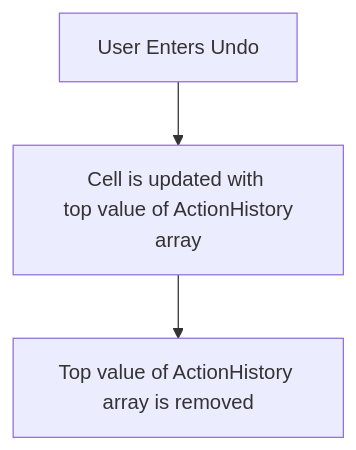
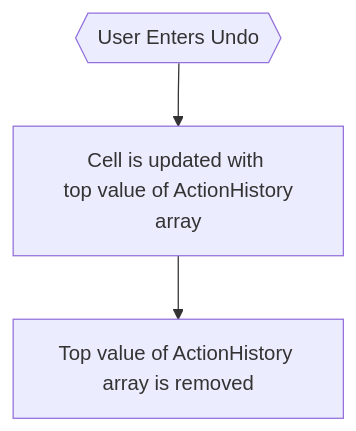
Before and after one commit to Sudokuru/Frontend: the second of 2 diagrams in docs/Components/SudokuBoard/BoardLogic.md, drawn with Mermaid. The commit also changed other lines of this file, not shown here.

Commit message:
updating mermaid flow charts with diamond shape style for user action

````diff
--- a/docs/Components/SudokuBoard/BoardLogic.md
+++ b/docs/Components/SudokuBoard/BoardLogic.md
@@ -23,9 +24,9 @@
 ```mermaid
 flowchart
-    UndoStart[User Enters Undo]
+    UndoStart{{User Enters Undo}}
     UpdateUndoCell[Cell is updated with <br> top value of ActionHistory array]
     RemoveHistory[Top value of ActionHistory array is removed]
 
     UndoStart --> UpdateUndoCell
     UpdateUndoCell --> RemoveHistory
 ```
````
